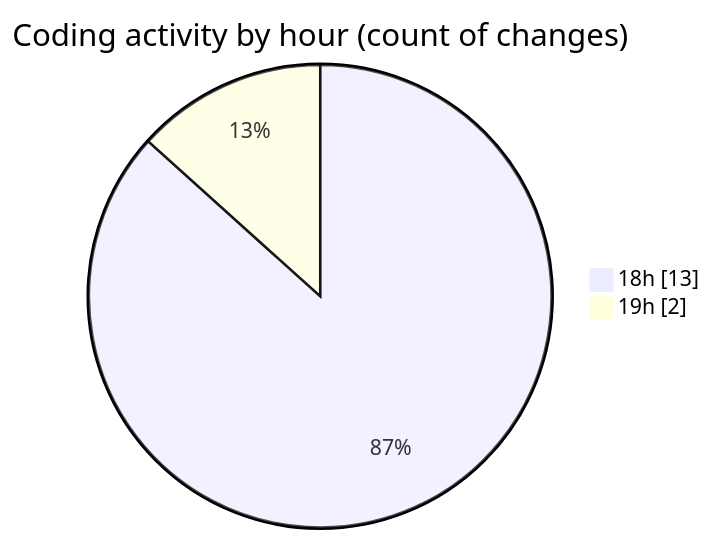
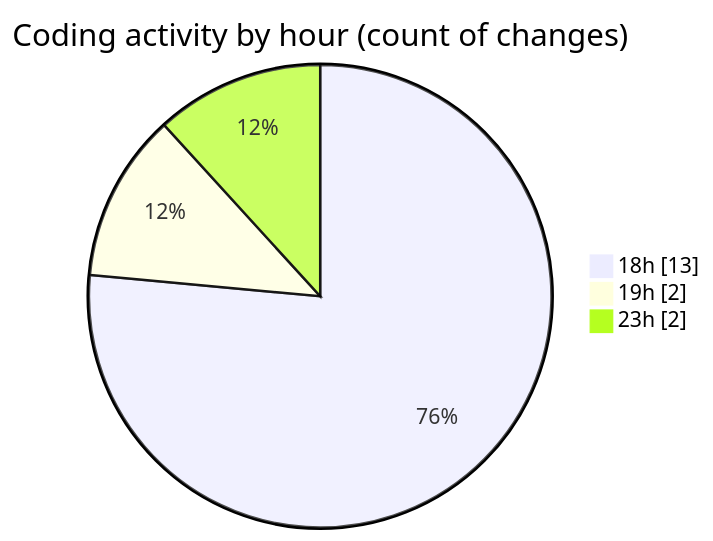
Before and after one commit to nxtqubesakshisongat/code-tracking: the second of 2 diagrams in 2026-04-26/calcapp/README.md, drawn with Mermaid. The commit also changed other lines of this file and 1 other file, not shown here.

````diff
--- a/2026-04-26/calcapp/README.md
+++ b/2026-04-26/calcapp/README.md
@@ -34,6 +36,7 @@
 ```mermaid
 pie showData
 title Coding activity by hour (count of changes)
 "18h" : 13
 "19h" : 2
+"23h" : 2
 ```
````
